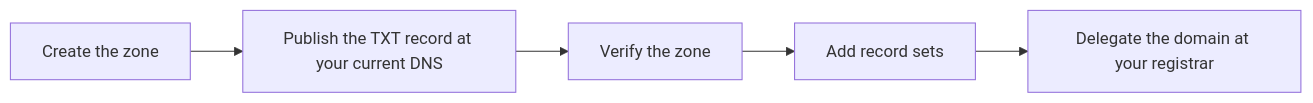
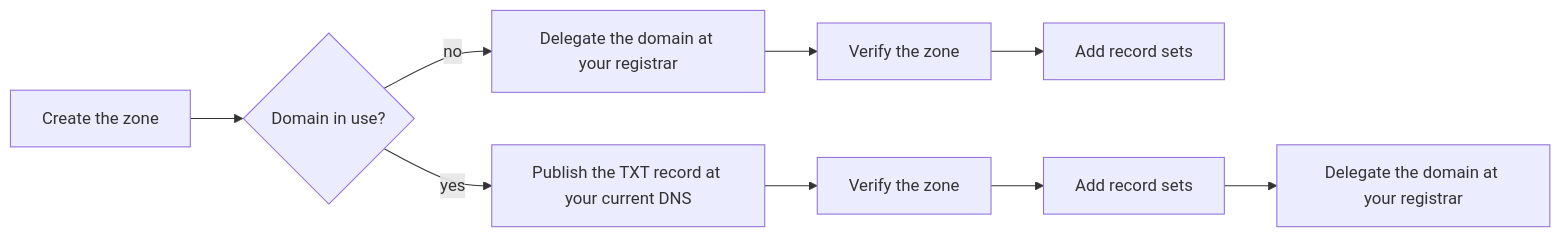
One commit to origincloudhq/docs changed the diagram in docs/dns/hosted-zones/create-public.md. Above: the diagram before and after it, drawn with Mermaid. The commit also changed other lines of this file and 5 other files, not shown here.

````diff
--- a/docs/dns/hosted-zones/create-public.md
+++ b/docs/dns/hosted-zones/create-public.md
@@ -19,9 +24,13 @@
 ```mermaid
 flowchart LR
   accTitle: Setting up a public zone
-  accDescr: Create the public zone, publish its token as a TXT record at the domain's current DNS provider, verify the zone, add record sets, and delegate the domain to the zone's name servers at its registrar.
-  create[Create the zone] --> txt[Publish the TXT record at your current DNS]
+  accDescr: Create the public zone. For a new domain, delegate it to the zone's name servers at its registrar, verify the zone and add record sets. For a domain in use, publish the zone's token as a TXT record at its current DNS provider, verify the zone, add record sets, and delegate the domain last.
+  create[Create the zone] --> new{Domain in use?}
+  new -- no --> delegateFirst[Delegate the domain at your registrar]
+  delegateFirst --> verifyNew[Verify the zone]
+  verifyNew --> recordsNew[Add record sets]
+  new -- yes --> txt[Publish the TXT record at your current DNS]
   txt --> verify[Verify the zone]
   verify --> records[Add record sets]
   records --> delegate[Delegate the domain at your registrar]
 ```
````
